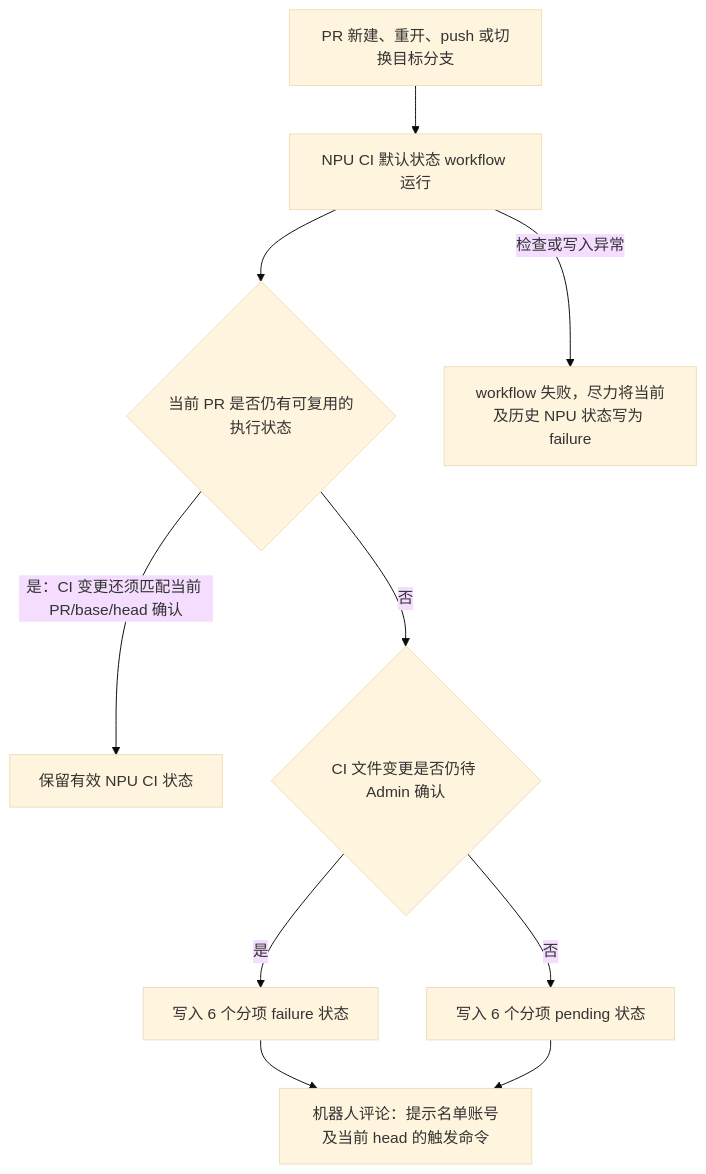
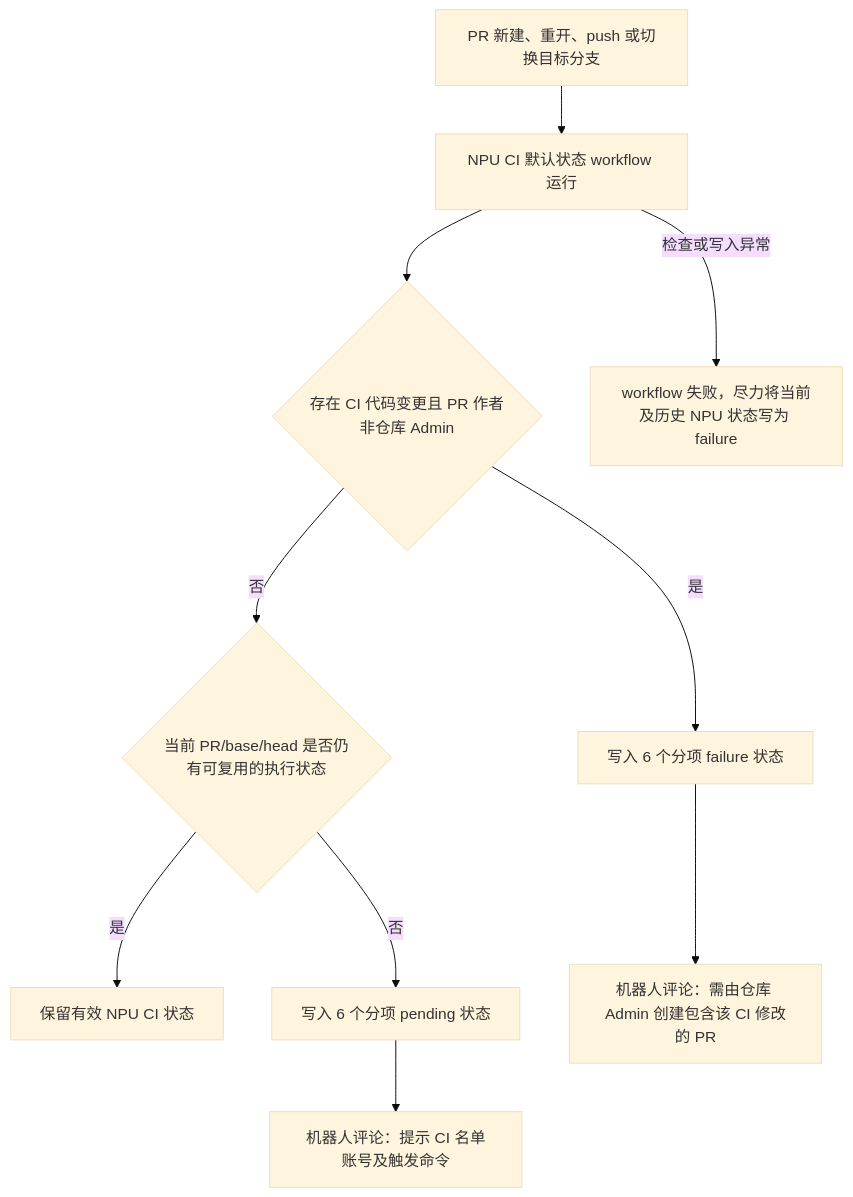
The first of 4 diagrams in docs/Fla-npu仓CI部署教程.md (flashserve/flash-linear-attention-npu), drawn with Mermaid (base theme) before and after one commit. The commit also changed other lines of this file and 11 other files, not shown here.

````diff
--- a/docs/Fla-npu仓CI部署教程.md
+++ b/docs/Fla-npu仓CI部署教程.md
@@ -84,12 +84,12 @@
 ```mermaid
 flowchart TD
     A["PR 新建、重开、push 或切换目标分支"] --> B["NPU CI 默认状态 workflow 运行"]
-    B --> C{"当前 PR 是否仍有可复用的执行状态"}
-    C -- "是：CI 变更还须匹配当前 PR/base/head 确认" --> D["保留有效 NPU CI 状态"]
-    C -- "否" --> E{"CI 文件变更是否仍待 Admin 确认"}
-    E -- "是" --> F["写入 6 个分项 failure 状态"]
+    B --> C{"存在 CI 代码变更且 PR 作者非仓库 Admin"}
+    C -- "是" --> F["写入 6 个分项 failure 状态"]
+    C -- "否" --> E{"当前 PR/base/head 是否仍有可复用的执行状态"}
+    E -- "是" --> D["保留有效 NPU CI 状态"]
     E -- "否" --> G["写入 6 个分项 pending 状态"]
-    F --> H["机器人评论：提示名单账号及当前 head 的触发命令"]
-    G --> H
+    F --> H["机器人评论：需由仓库 Admin 创建包含该 CI 修改的 PR"]
+    G --> J["机器人评论：提示 CI 名单账号及触发命令"]
     B -- "检查或写入异常" --> I["workflow 失败，尽力将当前及历史 NPU 状态写为 failure"]
 ```
````
